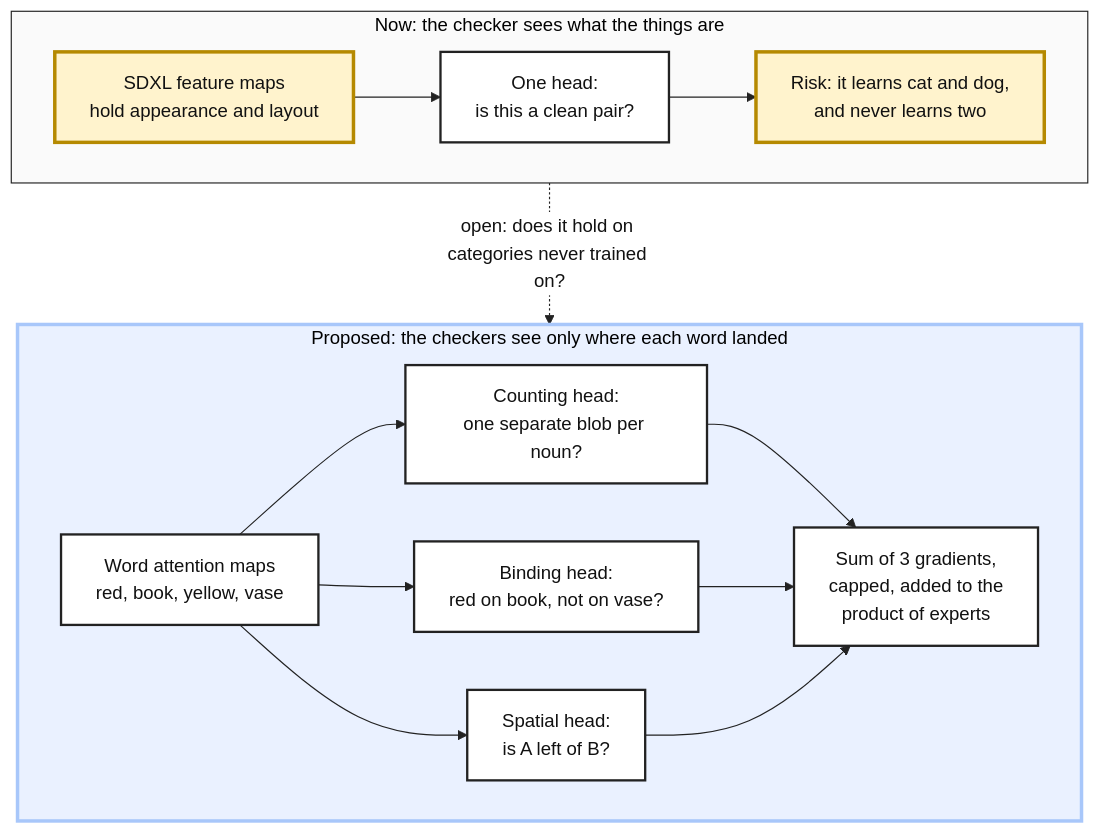
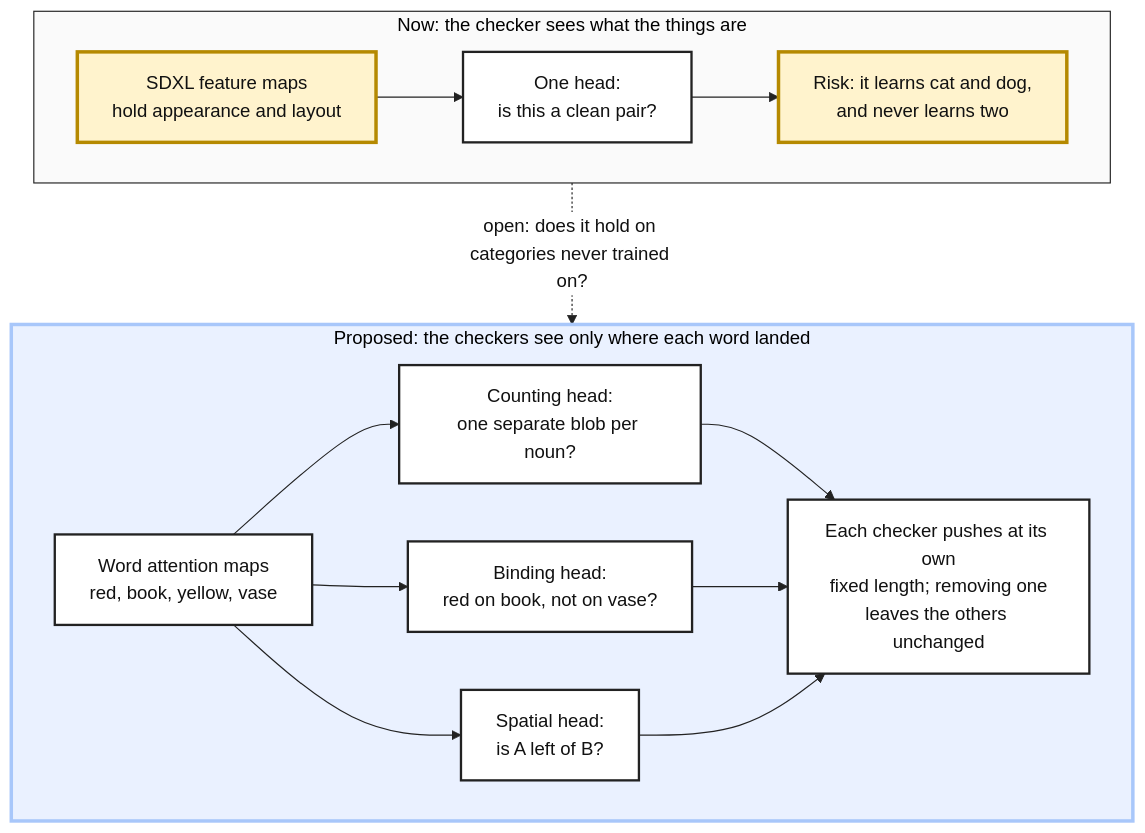
Before and after one commit to mo-rsa24/concept-composition: the diagram in artifacts/notes/progress/method-search/abstract-checker-idea.mmd, drawn with Mermaid. The commit also changed 11 other files, not shown here.

Commit message:
Loop 6 diagrams brought up to date after the review, and the Stage 2 render smoke passes

```diff
--- a/artifacts/notes/progress/method-search/abstract-checker-idea.mmd
+++ b/artifacts/notes/progress/method-search/abstract-checker-idea.mmd
@@ -1,25 +1,25 @@
 %%{init: {'theme': 'base', 'themeVariables': {'fontFamily': 'monospace', 'primaryColor': '#ffffff', 'primaryBorderColor': '#222222', 'primaryTextColor': '#111111', 'lineColor': '#222222'}}}%%
 flowchart TB
   classDef plain fill:#ffffff,stroke:#222222,stroke-width:2px,color:#111111
   classDef warn fill:#fff3cd,stroke:#b58900,stroke-width:3px,color:#111111
 
   subgraph NOW["Now: the checker sees what the things are"]
     direction LR
     N1["SDXL feature maps<br/>hold appearance and layout"]:::warn --> N2["One head:<br/>is this a clean pair?"] --> N3["Risk: it learns cat and dog,<br/>and never learns two"]:::warn
   end
 
   subgraph NEXT["Proposed: the checkers see only where each word landed"]
     direction LR
     P1["Word attention maps<br/>red, book, yellow, vase"]
     P2["Counting head:<br/>one separate blob per noun?"]
     P3["Binding head:<br/>red on book, not on vase?"]
     P4["Spatial head:<br/>is A left of B?"]
-    P5["Sum of 3 gradients,<br/>capped, added to the<br/>product of experts"]
+    P5["Each checker pushes at its own<br/>fixed length; removing one<br/>leaves the others unchanged"]
     P1 --> P2 & P3 & P4
     P2 & P3 & P4 --> P5
   end
 
   NOW -.->|"open: does it hold on categories never trained on?"| NEXT
   class N2,P1,P2,P3,P4,P5 plain
   style NOW fill:#fafafa,stroke:#222222,stroke-width:1px
   style NEXT fill:#eaf1ff,stroke:#a8c7fa,stroke-width:3px
```
